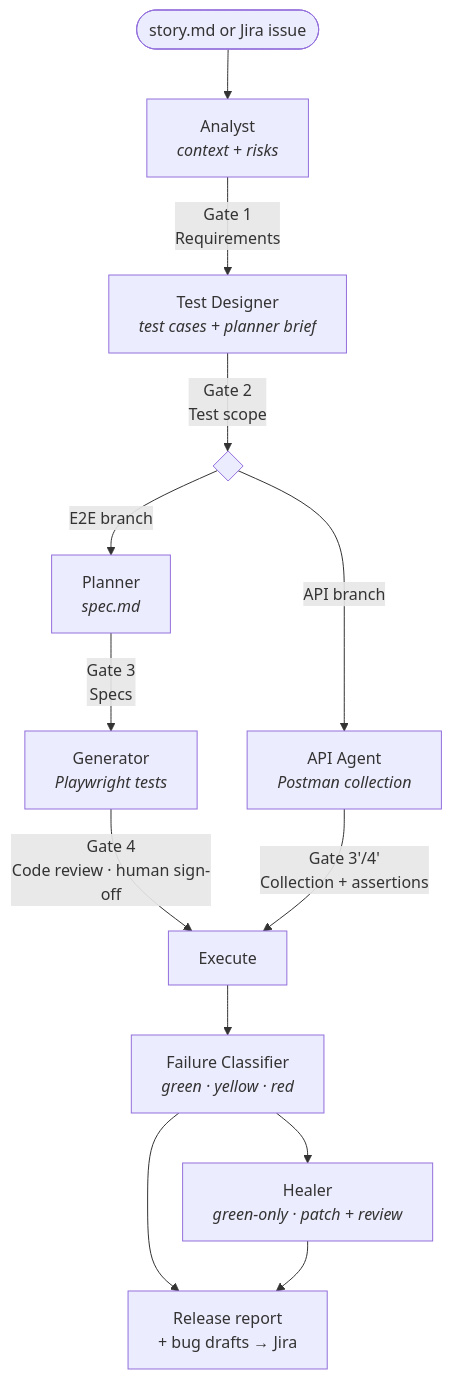
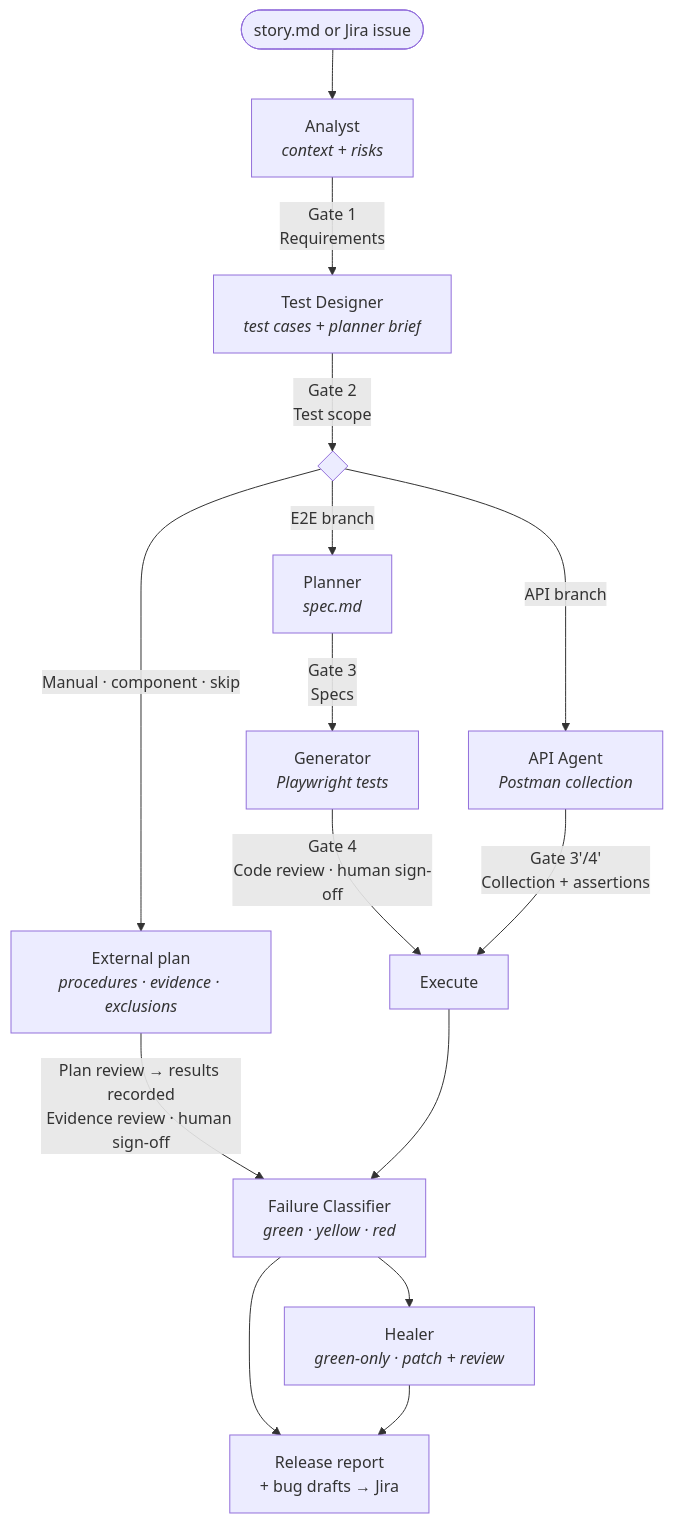
Before and after one commit to MiltonKlun/Qaizen: the first of 2 diagrams in README.md, drawn with Mermaid. The commit also changed other lines of this file and 38 other files, not shown here.

First line of the commit message:
feat(pipeline): record manual, component and skip outcomes behind their own reviews (7.2) (#90)

````diff
--- a/README.md
+++ b/README.md
@@ -83,23 +83,26 @@
 ```mermaid
 flowchart TD
     story([story.md or Jira issue])
 
     story --> analyst[Analyst<br/><i>context + risks</i>]
     analyst -- "Gate 1<br/>Requirements" --> designer[Test Designer<br/><i>test cases + planner brief</i>]
     designer -- "Gate 2<br/>Test scope" --> split{ }
 
     split -->|E2E branch| planner[Planner<br/><i>spec.md</i>]
     planner -- "Gate 3<br/>Specs" --> generator[Generator<br/><i>Playwright tests</i>]
     generator -- "Gate 4<br/>Code review · human sign-off" --> execute
 
     split -->|API branch| apiagent[API Agent<br/><i>Postman collection</i>]
     apiagent -- "Gate 3'/4'<br/>Collection + assertions" --> execute
 
+    split -->|Manual · component · skip| extplan[External plan<br/><i>procedures · evidence · exclusions</i>]
+    extplan -- "Plan review → results recorded<br/>Evidence review · human sign-off" --> classifier
+
     execute[Execute] --> classifier[Failure Classifier<br/><i>green · yellow · red</i>]
     classifier --> healer[Healer<br/><i>green-only · patch + review</i>]
     classifier --> report[Release report<br/>+ bug drafts → Jira]
     healer --> report
 
     classDef gate fill:#1f6feb,stroke:#1f6feb,color:#fff;
     classDef human fill:#cf222e,stroke:#cf222e,color:#fff;
 ```
````
